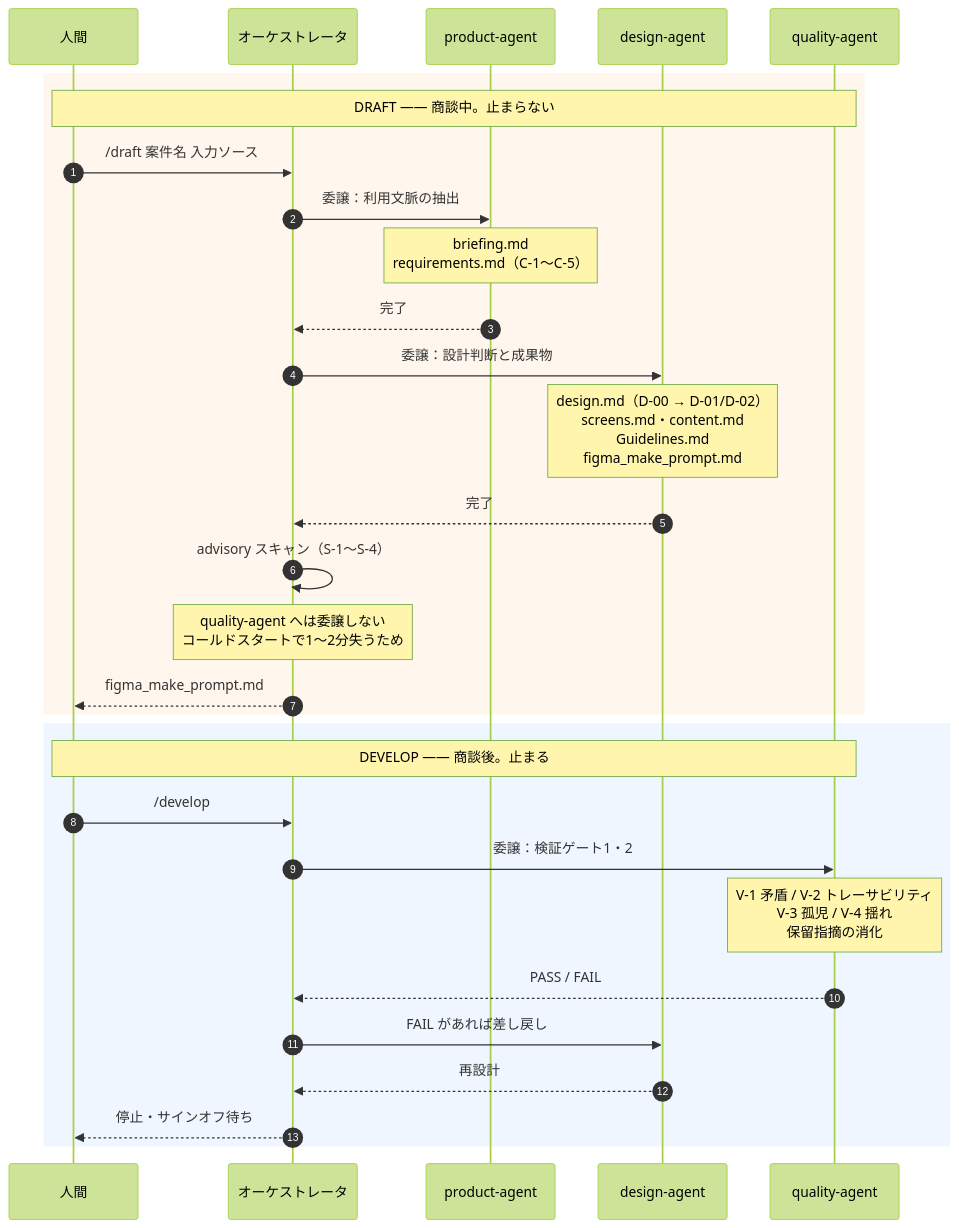
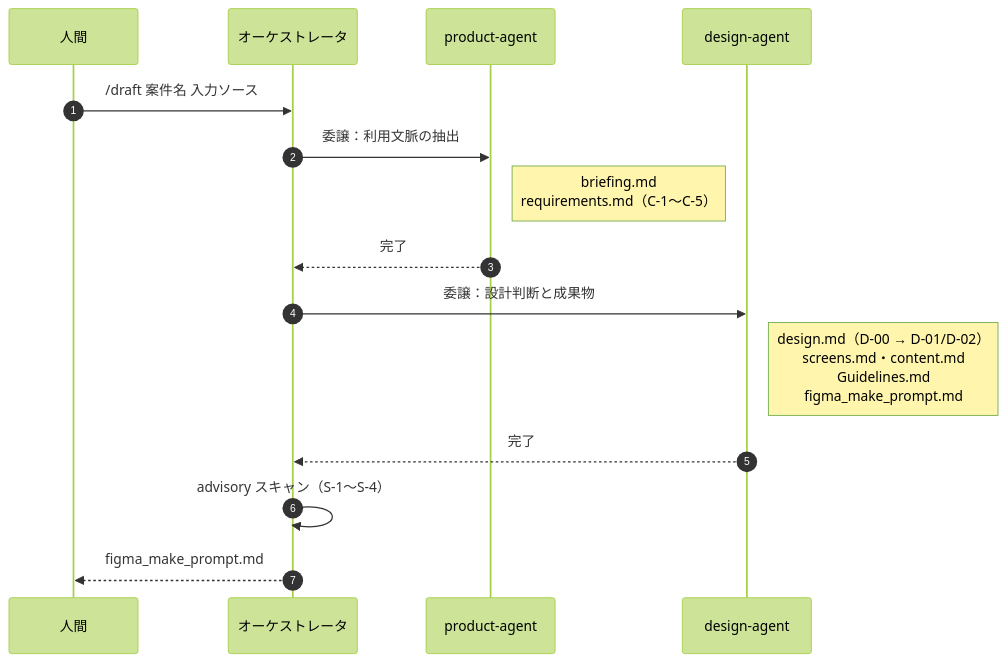
The third of 4 diagrams in WORKFLOW.md (daichi-kubokawa/prototyping-agents), drawn with Mermaid (forest theme) before and after one commit. The commit also changed other lines of this file and 6 other files, not shown here.

````diff
--- a/WORKFLOW.md
+++ b/WORKFLOW.md
@@ -123,34 +129,18 @@
 ```mermaid
 sequenceDiagram
     autonumber
     participant U as 人間
     participant O as オーケストレータ
     participant P as product-agent
     participant D as design-agent
-    participant Q as quality-agent
 
-    rect rgb(255, 247, 237)
-    Note over U,Q: DRAFT ―― 商談中。止まらない
     U->>O: /draft 案件名 入力ソース
     O->>P: 委譲：利用文脈の抽出
-    Note over P: briefing.md<br/>requirements.md（C-1〜C-5）
+    Note right of P: briefing.md<br/>requirements.md（C-1〜C-5）
     P-->>O: 完了
     O->>D: 委譲：設計判断と成果物
-    Note over D: design.md（D-00 → D-01/D-02）<br/>screens.md・content.md<br/>Guidelines.md<br/>figma_make_prompt.md
+    Note right of D: design.md（D-00 → D-01/D-02）<br/>screens.md・content.md<br/>Guidelines.md<br/>figma_make_prompt.md
     D-->>O: 完了
     O->>O: advisory スキャン（S-1〜S-4）
-    Note over O: quality-agent へは委譲しない<br/>コールドスタートで1〜2分失うため
     O-->>U: figma_make_prompt.md
-    end
-
-    rect rgb(239, 246, 255)
-    Note over U,Q: DEVELOP ―― 商談後。止まる
-    U->>O: /develop
-    O->>Q: 委譲：検証ゲート1・2
-    Note over Q: V-1 矛盾 / V-2 トレーサビリティ<br/>V-3 孤児 / V-4 揺れ<br/>保留指摘の消化
-    Q-->>O: PASS / FAIL
-    O->>D: FAIL があれば差し戻し
-    D-->>O: 再設計
-    O-->>U: 停止・サインオフ待ち
-    end
 ```
````
